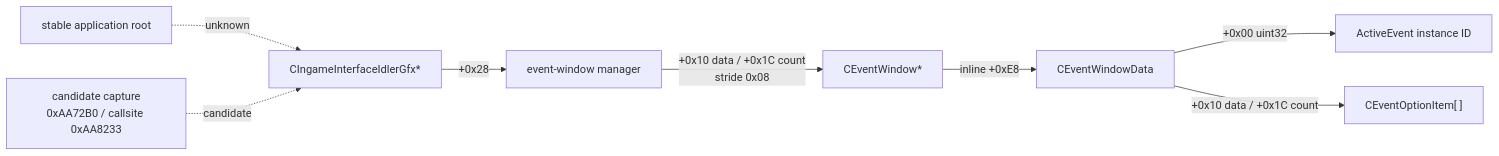
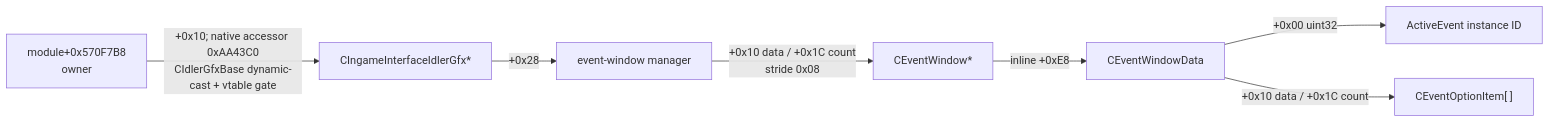
Before and after one commit to XenoAmess/ck3_eternal_recurrence: the first of 3 diagrams in docs/ck3-native-ai/event-window-context.md, drawn with Mermaid. The commit also changed other lines of this file and 44 other files, not shown here.

````diff
--- a/docs/ck3-native-ai/event-window-context.md
+++ b/docs/ck3-native-ai/event-window-context.md
@@ -40,10 +40,9 @@
 ```mermaid
 flowchart LR
-    Root["stable application root"] -. unknown .-> Idler["CIngameInterfaceIdlerGfx*"]
-    Hook["candidate capture<br/>0xAA72B0 / callsite 0xAA8233"] -. candidate .-> Idler
+    Root["module+0x570F7B8<br/>owner"] -->|"+0x10; native accessor 0xAA43C0<br/>CIdlerGfxBase dynamic-cast + vtable gate"| Idler["CIngameInterfaceIdlerGfx*"]
     Idler -->|"+0x28"| Manager["event-window manager"]
     Manager -->|"+0x10 data / +0x1C count<br/>stride 0x08"| Window["CEventWindow*"]
     Window -->|"inline +0xE8"| Data["CEventWindowData"]
     Data -->|"+0x00 uint32"| Instance["ActiveEvent instance ID"]
     Data -->|"+0x10 data / +0x1C count"| Options["CEventOptionItem[ ]"]
 ```
````
